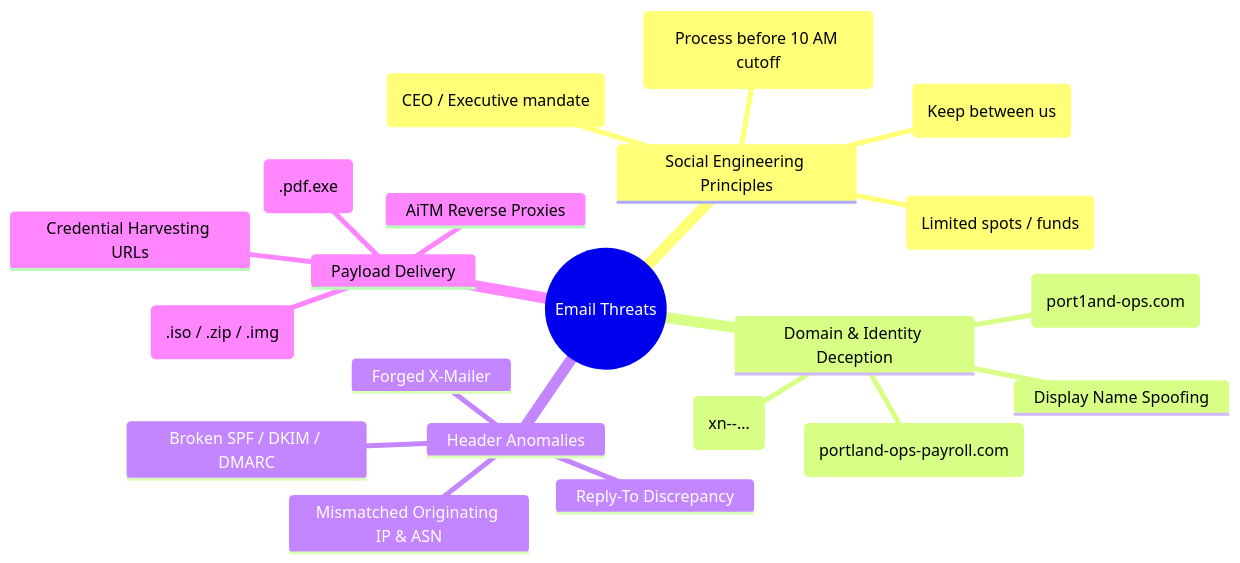
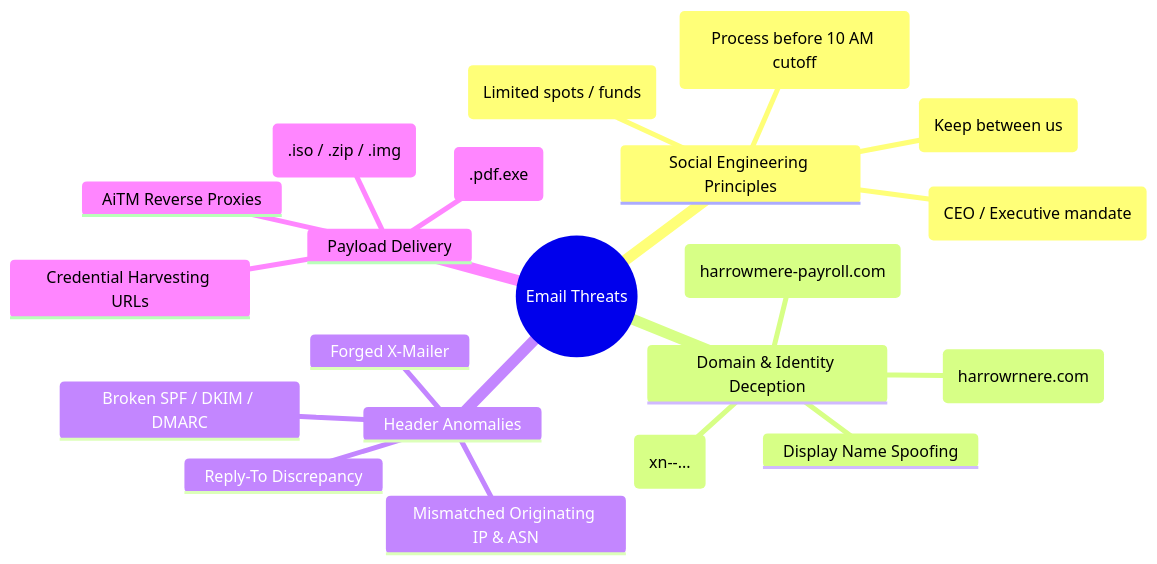
Before and after one commit to cwarloe/learning-narrative-kit: the third of 3 diagrams in docs/portland-desk/workbench/09-dont-click-that.md, drawn with Mermaid. The commit also changed other lines of this file and 94 other files, not shown here.

````diff
--- a/docs/portland-desk/workbench/09-dont-click-that.md
+++ b/docs/portland-desk/workbench/09-dont-click-that.md
@@ -191,24 +191,24 @@
 ```mermaid
 mindmap
   root((Email Threats))
     Social Engineering Principles
       Urgency ("Process before 10 AM cutoff")
       Authority ("CEO / Executive mandate")
       Scarcity ("Limited spots / funds")
       Confidentiality ("Keep between us")
     Domain & Identity Deception
-      Typosquatting ("port1and-ops.com")
-      Lookalike Domains ("portland-ops-payroll.com")
+      Typosquatting ("harrowrnere.com")
+      Lookalike Domains ("harrowmere-payroll.com")
       Punycode Homographs ("xn--...")
       Display Name Spoofing
     Header Anomalies
       Reply-To Discrepancy
       Mismatched Originating IP & ASN
       Forged X-Mailer
       Broken SPF / DKIM / DMARC
     Payload Delivery
       Credential Harvesting URLs
       Double Extension Attachments (.pdf.exe)
       Container Files (.iso / .zip / .img)
       AiTM Reverse Proxies
 ```
````
